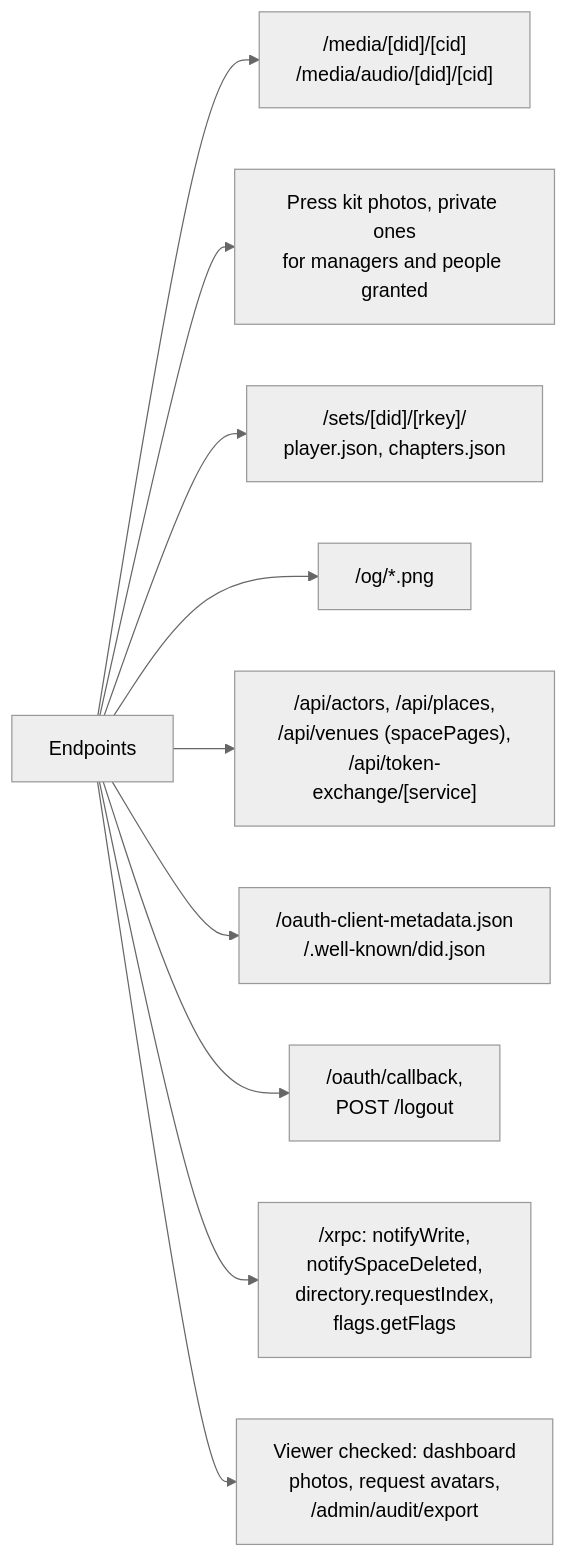
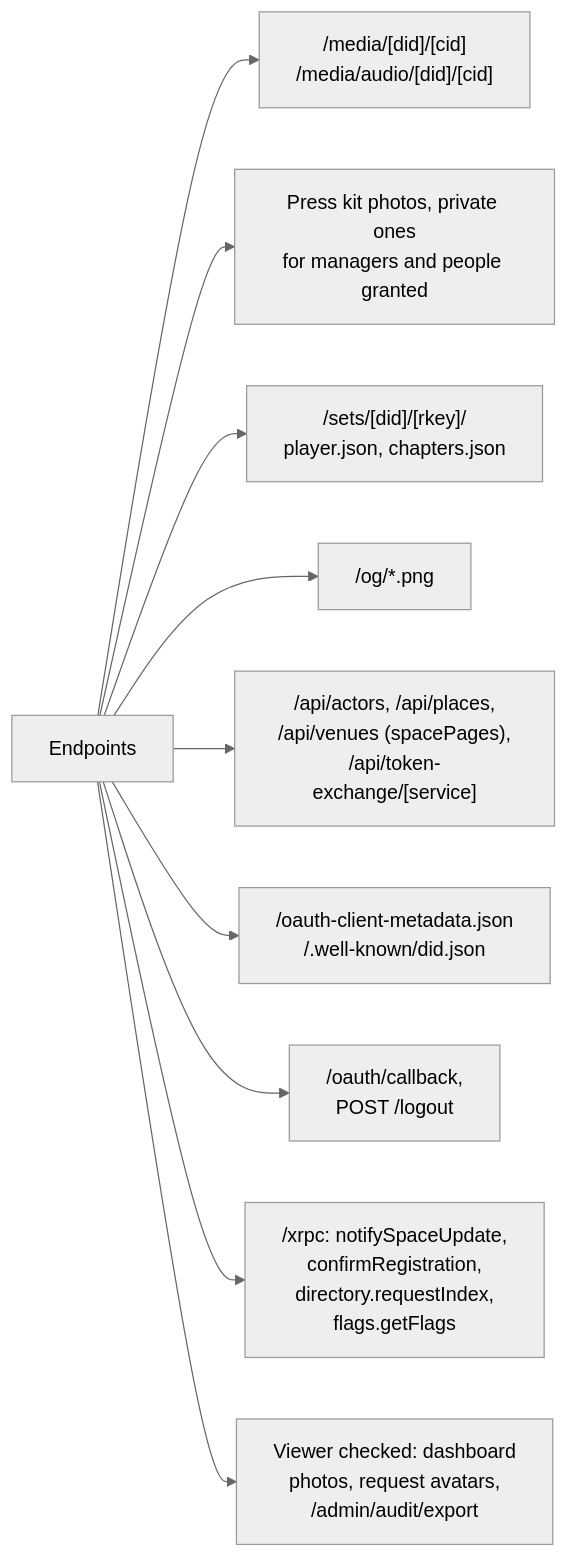
Before and after one commit to cutenode/localnetwork: the tenth of 11 diagrams in apps/web/docs/diagrams/requests-and-routes.md, drawn with Mermaid (neutral theme). The commit also changed other lines of this file and 59 other files, not shown here.

````diff
--- a/apps/web/docs/diagrams/requests-and-routes.md
+++ b/apps/web/docs/diagrams/requests-and-routes.md
@@ -227,13 +227,13 @@
 ```mermaid
 flowchart LR
   Ep["Endpoints"]
   Ep --> Media["/media/[did]/[cid]<br/>/media/audio/[did]/[cid]"]
   Ep --> Kit["Press kit photos, private ones<br/>for managers and people granted"]
   Ep --> Sets["/sets/[did]/[rkey]/<br/>player.json, chapters.json"]
   Ep --> Og["/og/*.png"]
   Ep --> Api["/api/actors, /api/places,<br/>/api/venues (spacePages),<br/>/api/token-exchange/[service]"]
   Ep --> Docs["/oauth-client-metadata.json<br/>/.well-known/did.json"]
   Ep --> Session["/oauth/callback,<br/>POST /logout"]
-  Ep --> Xrpc["/xrpc: notifyWrite,<br/>notifySpaceDeleted,<br/>directory.requestIndex,<br/>flags.getFlags"]
+  Ep --> Xrpc["/xrpc: notifySpaceUpdate,<br/>confirmRegistration,<br/>directory.requestIndex,<br/>flags.getFlags"]
   Ep --> Signed["Viewer checked: dashboard<br/>photos, request avatars,<br/>/admin/audit/export"]
 ```
````
